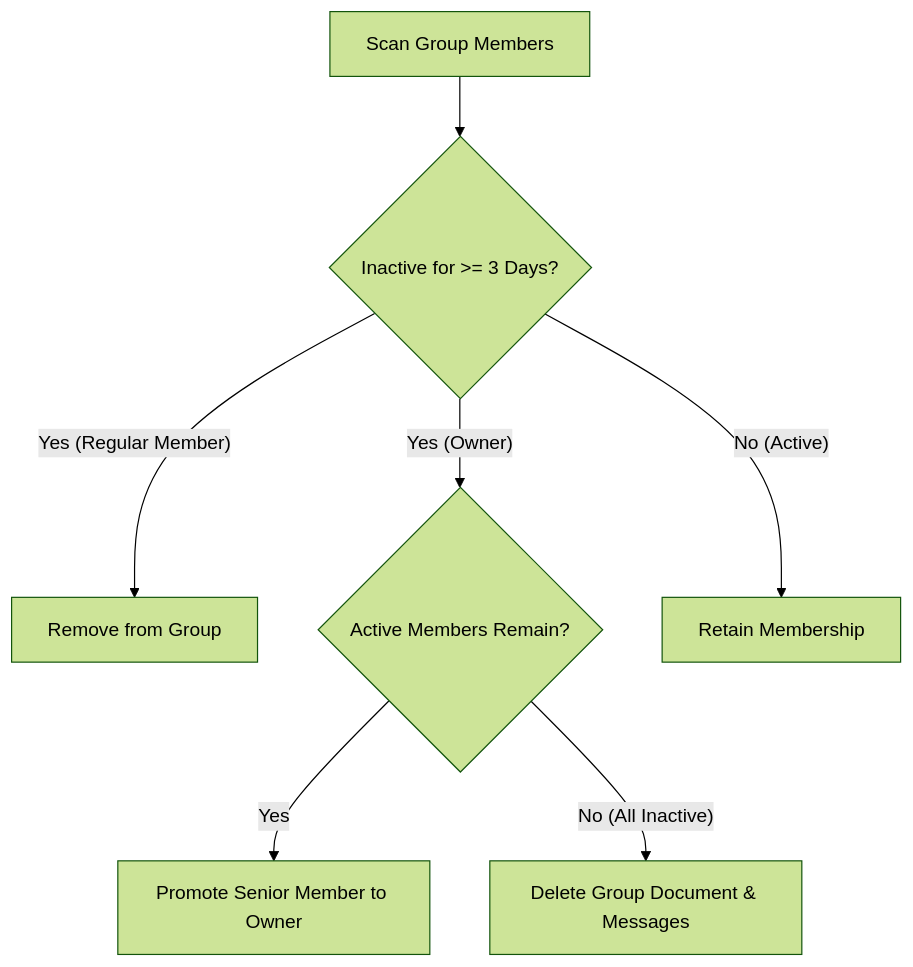
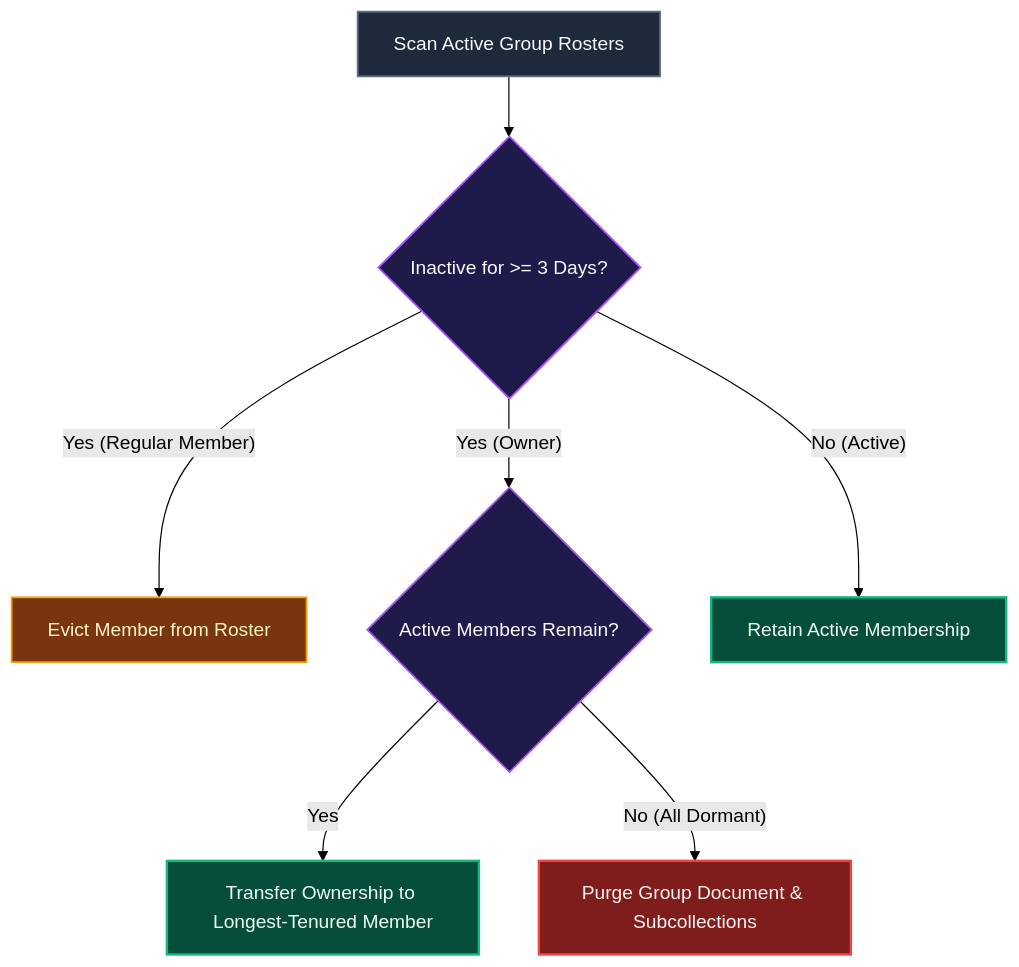
One commit to ScriptureHabit/scripture-habit changed the diagram in docs/maintenance-cron.md. Above: the diagram before and after it, drawn with Mermaid (forest theme). The commit also changed other lines of this file and 57 other files, not shown here.

Commit message:
docs: refine documentation prose and add structured diagram breakdowns across JA and EN

````diff
--- a/docs/maintenance-cron.md
+++ b/docs/maintenance-cron.md
@@ -25,9 +25,15 @@
 ```mermaid
 flowchart TD
-    Scan["Scan Group Members"] --> CheckActive{"Inactive for >= 3 Days?"}
-    CheckActive -- "Yes (Regular Member)" --> AutoKick["Remove from Group"]
-    CheckActive -- "Yes (Owner)" --> TransferOwner{"Active Members Remain?"}
-    TransferOwner -- "Yes" --> Promote["Promote Senior Member to Owner"]
-    TransferOwner -- "No (All Inactive)" --> DeleteGroup["Delete Group Document & Messages"]
-    CheckActive -- "No (Active)" --> Keep["Retain Membership"]
+    classDef step fill:#1e293b,stroke:#64748b,stroke-width:1.5px,color:#f8fafc;
+    classDef branch fill:#1e1b4b,stroke:#a855f7,stroke-width:1.5px,color:#f8fafc;
+    classDef kick fill:#78350f,stroke:#f59e0b,stroke-width:1.5px,color:#fef3c7;
+    classDef del fill:#7f1d1d,stroke:#ef4444,stroke-width:2px,color:#fef2f2;
+    classDef pass fill:#064e3b,stroke:#10b981,stroke-width:2px,color:#f0fdf4;
+
+    Scan["Scan Active Group Rosters"]:::step --> CheckActive{"Inactive for >= 3 Days?"}:::branch
+    CheckActive -- "Yes (Regular Member)" --> AutoKick["Evict Member from Roster"]:::kick
+    CheckActive -- "Yes (Owner)" --> TransferOwner{"Active Members Remain?"}:::branch
+    TransferOwner -- "Yes" --> Promote["Transfer Ownership to Longest-Tenured Member"]:::pass
+    TransferOwner -- "No (All Dormant)" --> DeleteGroup["Purge Group Document & Subcollections"]:::del
+    CheckActive -- "No (Active)" --> Keep["Retain Active Membership"]:::pass
 ```
````
